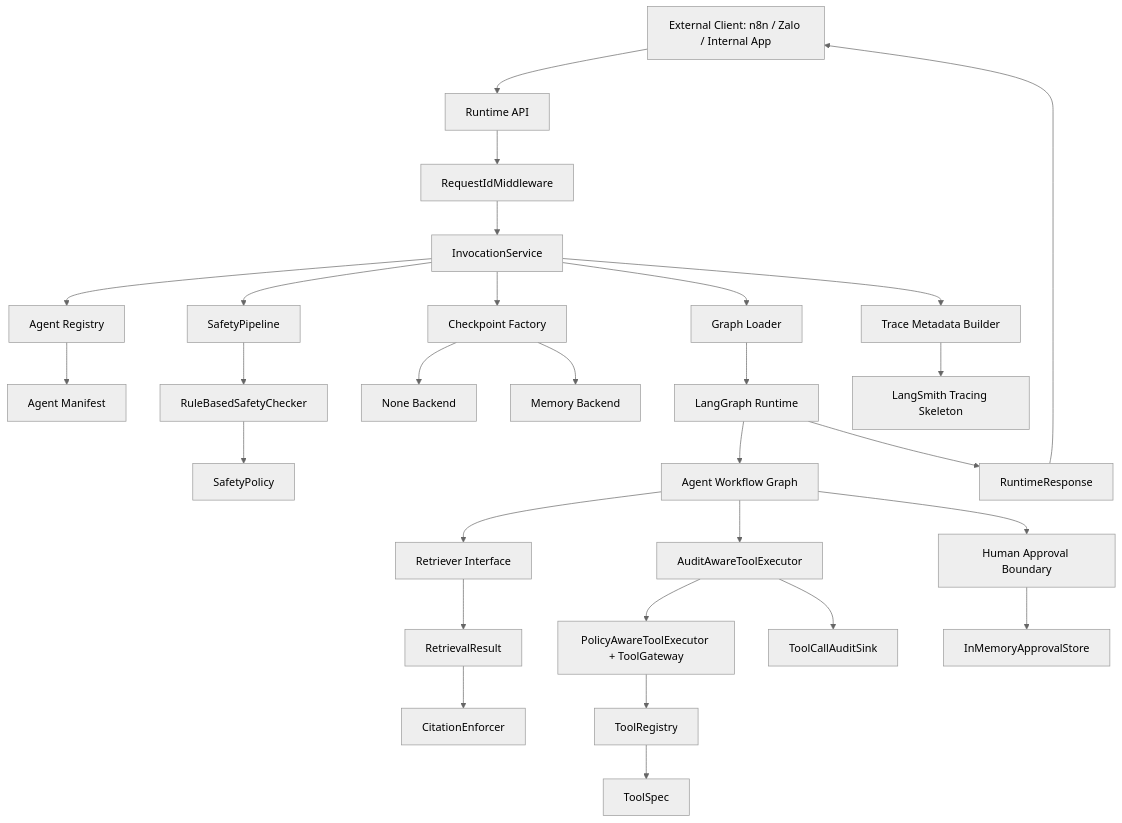
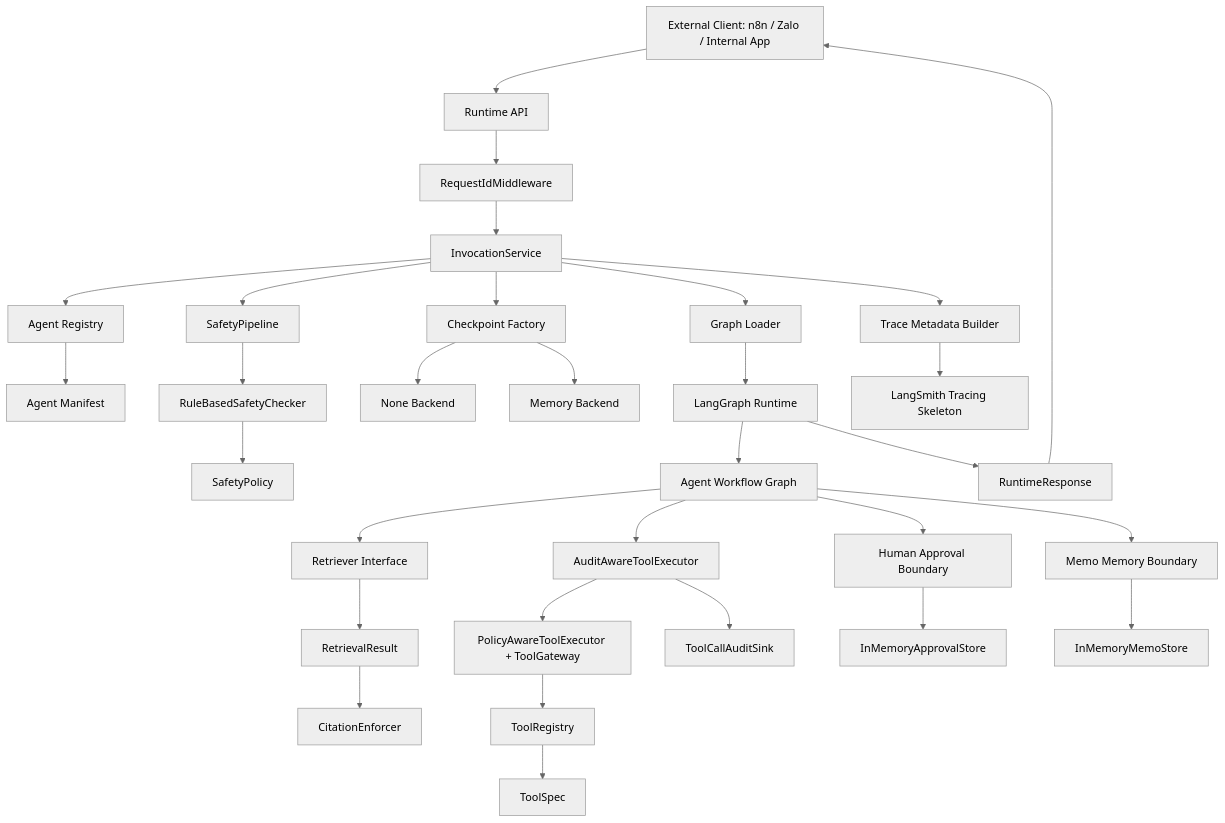
One commit to Tenaity/ai-agent-platform changed the first of 4 diagrams in docs/architecture/overview.md. Above: the diagram before and after it, drawn with Mermaid (neutral theme). The commit also changed other lines of this file and 14 other files, not shown here.

Commit message:
feat(memory): PR-025 memo memory showcase

````diff
--- a/docs/architecture/overview.md
+++ b/docs/architecture/overview.md
@@ -18,41 +19,44 @@
 ```mermaid
 flowchart TD
     Client["External Client: n8n / Zalo / Internal App"] --> API["Runtime API"]
 
     API --> Middleware["RequestIdMiddleware"]
     Middleware --> Invoke["InvocationService"]
 
     Invoke --> Registry["Agent Registry"]
     Registry --> Manifest["Agent Manifest"]
 
     Invoke --> GraphLoader["Graph Loader"]
     GraphLoader --> Runtime["LangGraph Runtime"]
 
     Invoke --> Checkpoint["Checkpoint Factory"]
     Checkpoint --> NoneBackend["None Backend"]
     Checkpoint --> MemoryBackend["Memory Backend"]
 
     Invoke --> Safety["SafetyPipeline"]
     Safety --> SafetyChecker["RuleBasedSafetyChecker"]
     SafetyChecker --> SafetyPolicy["SafetyPolicy"]
 
     Runtime --> AgentGraph["Agent Workflow Graph"]
     AgentGraph --> Retriever["Retriever Interface"]
     Retriever --> RetrievalResult["RetrievalResult"]
     RetrievalResult --> CitationEnforcer["CitationEnforcer"]
 
     AgentGraph --> AuditWrapper["AuditAwareToolExecutor"]
     AuditWrapper --> ToolGateway["PolicyAwareToolExecutor + ToolGateway"]
     ToolGateway --> ToolRegistry["ToolRegistry"]
     ToolRegistry --> ToolSpec["ToolSpec"]
     AuditWrapper --> AuditSink["ToolCallAuditSink"]
 
     AgentGraph --> Approval["Human Approval Boundary"]
     Approval --> ApprovalStore["InMemoryApprovalStore"]
 
+    AgentGraph --> Memo["Memo Memory Boundary"]
+    Memo --> MemoStore["InMemoryMemoStore"]
+
     Invoke --> TraceMeta["Trace Metadata Builder"]
     TraceMeta --> LangSmith["LangSmith Tracing Skeleton"]
 
     Runtime --> Response["RuntimeResponse"]
     Response --> Client
 ```
````
